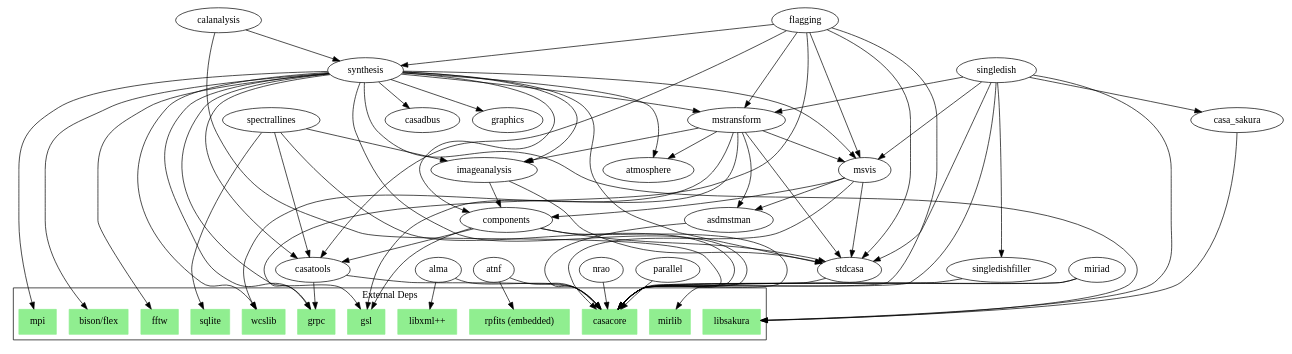
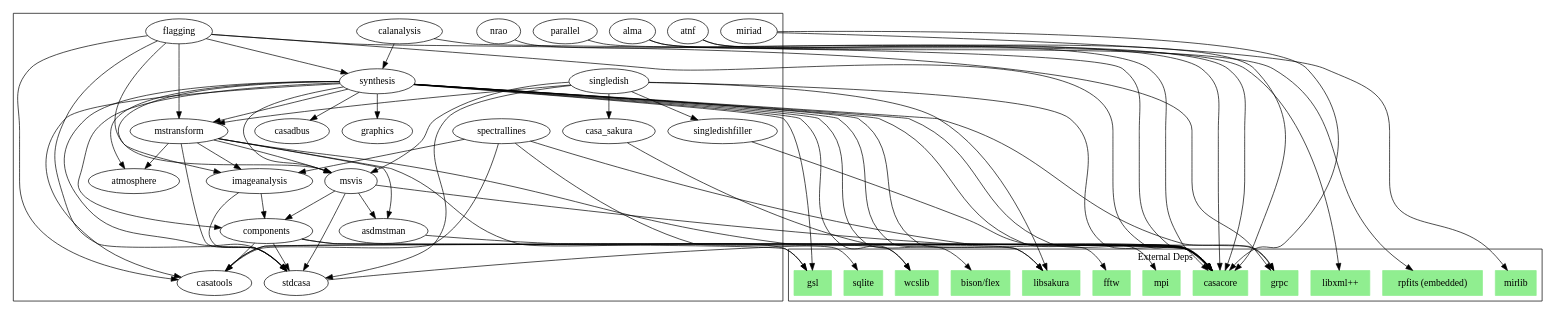
Before and after one commit to smcastro/casatests: the diagram in docs/casacpp_deps.dot, drawn with Graphviz.

```diff
--- a/docs/casacpp_deps.dot
+++ b/docs/casacpp_deps.dot
@@ -1,110 +1,110 @@
 digraph casacpp_deps {
 
         subgraph cluster_extern_deps {
                 node [color=lightgreen shape=box style=filled]
                 label="External Deps"
 
                 "bison/flex"
                 casacore
                 libsakura
                 "libxml++"
                 fftw
                 gsl
                 grpc
                 mirlib
                 mpi
                 "rpfits (embedded)"
                 sqlite
                 wcslib
         }
 
-subgraph casa_deps {
+subgraph cluster_casa_deps {
 
 alma -> casacore
 alma -> "libxml++"
 
 asdmstman -> casacore
 
 atnf -> casacore
 atnf -> "rpfits (embedded)"
 
 calanalysis -> synthesis
 calanalysis -> casacore
 
 casa_sakura -> libsakura
 
 casatools -> grpc
 casatools -> casacore
 
 components -> casatools
 components -> stdcasa
 components -> casacore
 components -> gsl
 
 flagging -> casatools
 flagging -> msvis
 flagging -> mstransform
 flagging -> stdcasa
 flagging -> synthesis
 flagging -> casacore
 flagging -> grpc
 
 imageanalysis -> components
 imageanalysis -> stdcasa
 
 miriad -> casacore
 miriad -> mirlib
 
 mstransform -> asdmstman
 mstransform -> atmosphere
 mstransform -> imageanalysis
 mstransform -> msvis
 mstransform -> stdcasa
 mstransform -> gsl
 mstransform -> wcslib
 
 msvis -> asdmstman
 msvis -> components
 msvis -> stdcasa
 msvis -> casacore
 
 nrao -> casacore
 
 parallel -> casacore
 
 singledish -> casa_sakura
 singledish -> mstransform
 singledish -> msvis
 singledish -> singledishfiller
 singledish -> stdcasa
 singledish -> casacore
 singledish -> libsakura
 
 singledishfiller -> casacore
 
 spectrallines -> casatools
 spectrallines -> imageanalysis
 spectrallines -> casacore
 spectrallines -> sqlite
 
 stdcasa -> casacore
 
 synthesis -> atmosphere
 synthesis -> casadbus
 synthesis -> casatools
 synthesis -> components
 synthesis -> graphics
 synthesis -> imageanalysis
 synthesis -> msvis
 synthesis -> mstransform
 synthesis -> stdcasa
 synthesis -> casacore
 synthesis -> "bison/flex"
 synthesis -> fftw
 synthesis -> grpc
 synthesis -> gsl
 synthesis -> libsakura
 synthesis -> mpi
 synthesis -> wcslib
 }
 }
```
